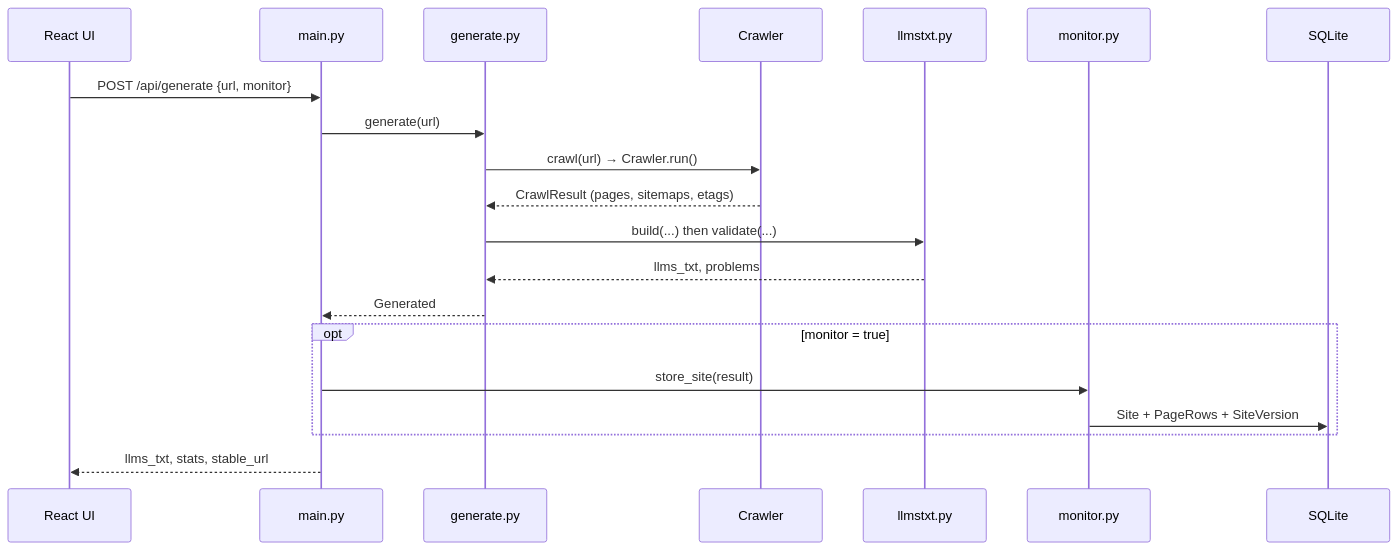
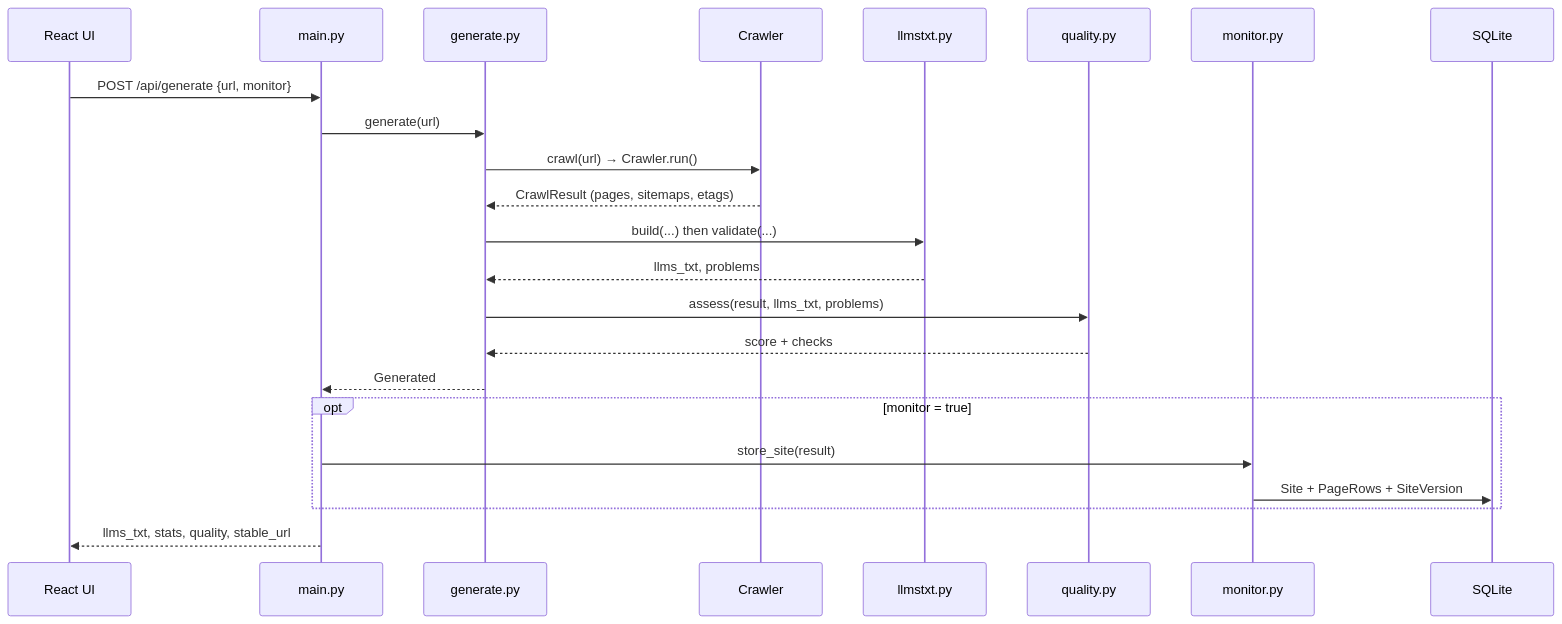
Before and after one commit to nmallekav/llms-txt-nishanth-mallekav: the second of 2 diagrams in docs/code-walkthrough.md, drawn with Mermaid. The commit also changed other lines of this file and 22 other files, not shown here.

First line of the commit message:
Add quality report, result caching and crawler improvements

````diff
--- a/docs/code-walkthrough.md
+++ b/docs/code-walkthrough.md
@@ -262,23 +120,26 @@
 ```mermaid
 sequenceDiagram
     participant UI as React UI
     participant M as main.py
     participant G as generate.py
     participant C as Crawler
     participant L as llmstxt.py
+    participant Q as quality.py
     participant Mo as monitor.py
     participant DB as SQLite
 
     UI->>M: POST /api/generate {url, monitor}
     M->>G: generate(url)
     G->>C: crawl(url) → Crawler.run()
     C-->>G: CrawlResult (pages, sitemaps, etags)
     G->>L: build(...) then validate(...)
     L-->>G: llms_txt, problems
+    G->>Q: assess(result, llms_txt, problems)
+    Q-->>G: score + checks
     G-->>M: Generated
     opt monitor = true
         M->>Mo: store_site(result)
         Mo->>DB: Site + PageRows + SiteVersion
     end
-    M-->>UI: llms_txt, stats, stable_url
+    M-->>UI: llms_txt, stats, quality, stable_url
 ```
````
